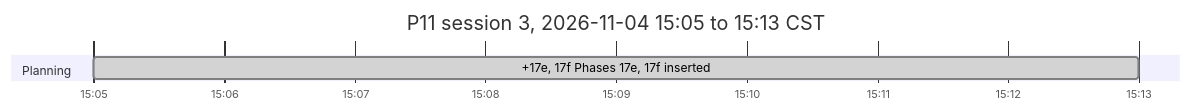
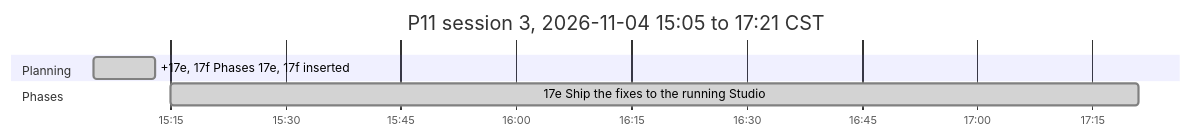
Before and after one commit to antonizick/project1111: the third of 3 diagrams in P11_IMPLEMENTATION_PLAN.md, drawn with Mermaid. The commit also changed other lines of this file and 2 other files, not shown here.

Commit message:
docs(plan): refresh timeline

````diff
--- a/P11_IMPLEMENTATION_PLAN.md
+++ b/P11_IMPLEMENTATION_PLAN.md
@@ -117,8 +117,10 @@
 ```mermaid
 gantt
-    title P11 session 3, 2026-11-04 15:05 to 15:13 CST
+    title P11 session 3, 2026-11-04 15:05 to 17:21 CST
     dateFormat YYYY-MM-DD HH:mm
     axisFormat %H:%M
     section Planning
     +17e, 17f Phases 17e, 17f inserted :done, plan5, 2026-11-04 15:05, 2026-11-04 15:13
+    section Phases
+    17e Ship the fixes to the running Studio :done, p17es3, 2026-11-04 15:15, 2026-11-04 17:21
 ```
````
